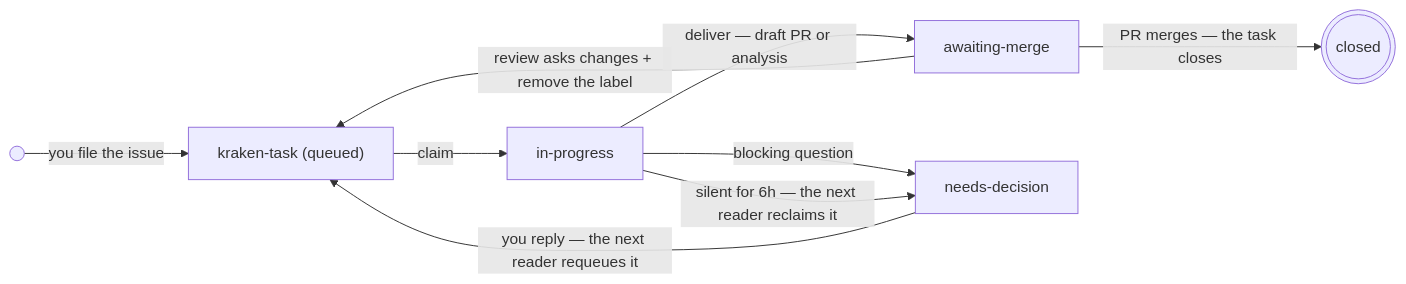
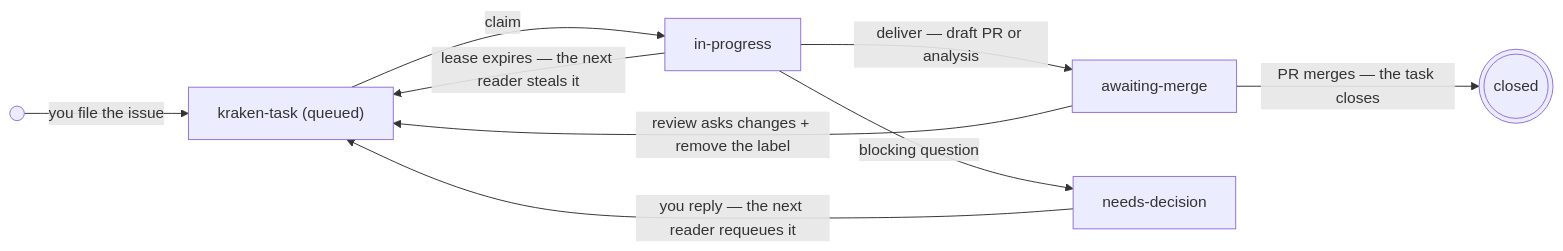
One commit to rafael-adcp/kraken changed the diagram in README.md. Above: the diagram before and after it, drawn with Mermaid. The commit also changed other lines of this file and 28 other files, not shown here.

````diff
--- a/README.md
+++ b/README.md
@@ -128,11 +128,11 @@
 ```mermaid
 flowchart LR
     S((" ")) -->|you file the issue| Q["kraken-task (queued)"]
     Q -->|claim| P[in-progress]
     P -->|deliver — draft PR or analysis| M[awaiting-merge]
     P -->|blocking question| D[needs-decision]
-    P -->|silent for 6h — the next reader reclaims it| D
+    P -->|lease expires — the next reader steals it| Q
     D -->|you reply — the next reader requeues it| Q
     M -->|review asks changes + remove the label| Q
     M -->|PR merges — the task closes| E(((closed)))
 ```
````
